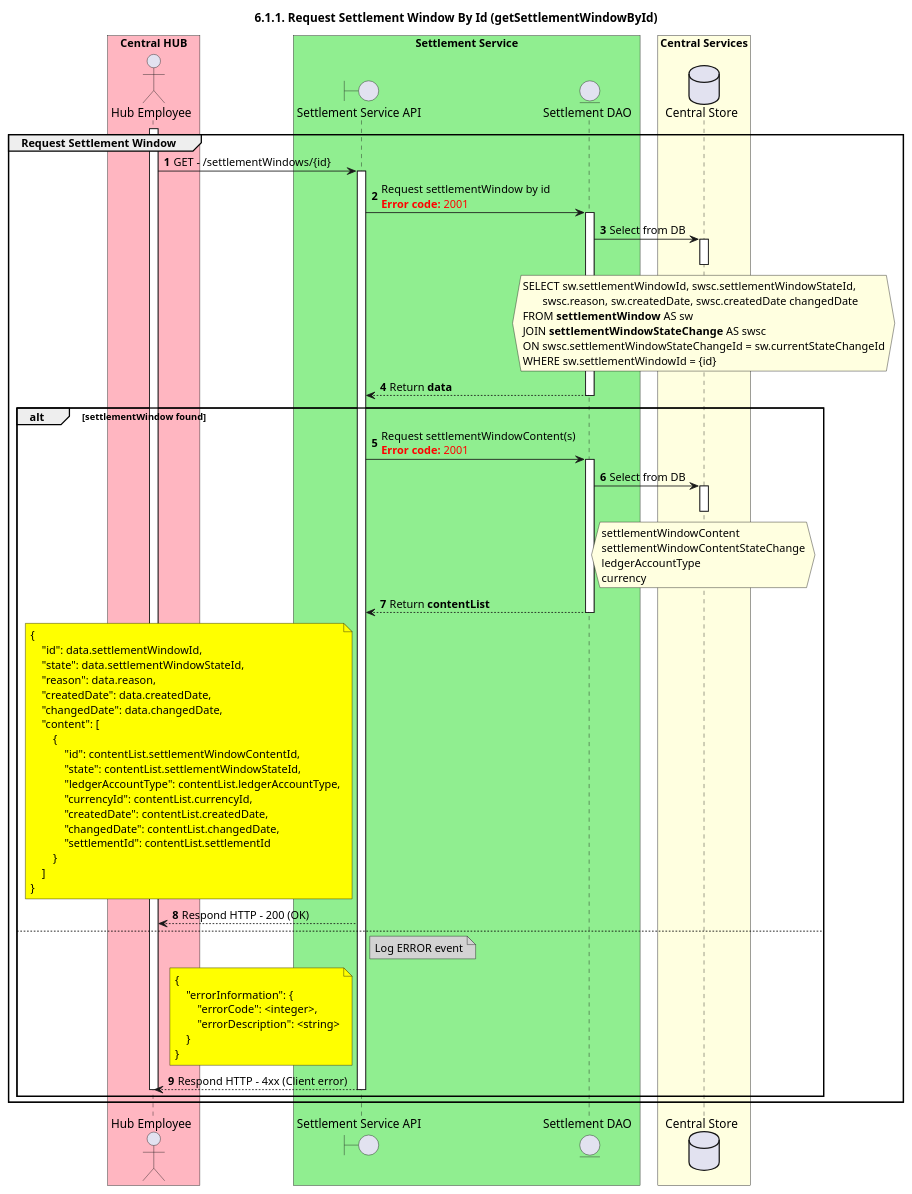
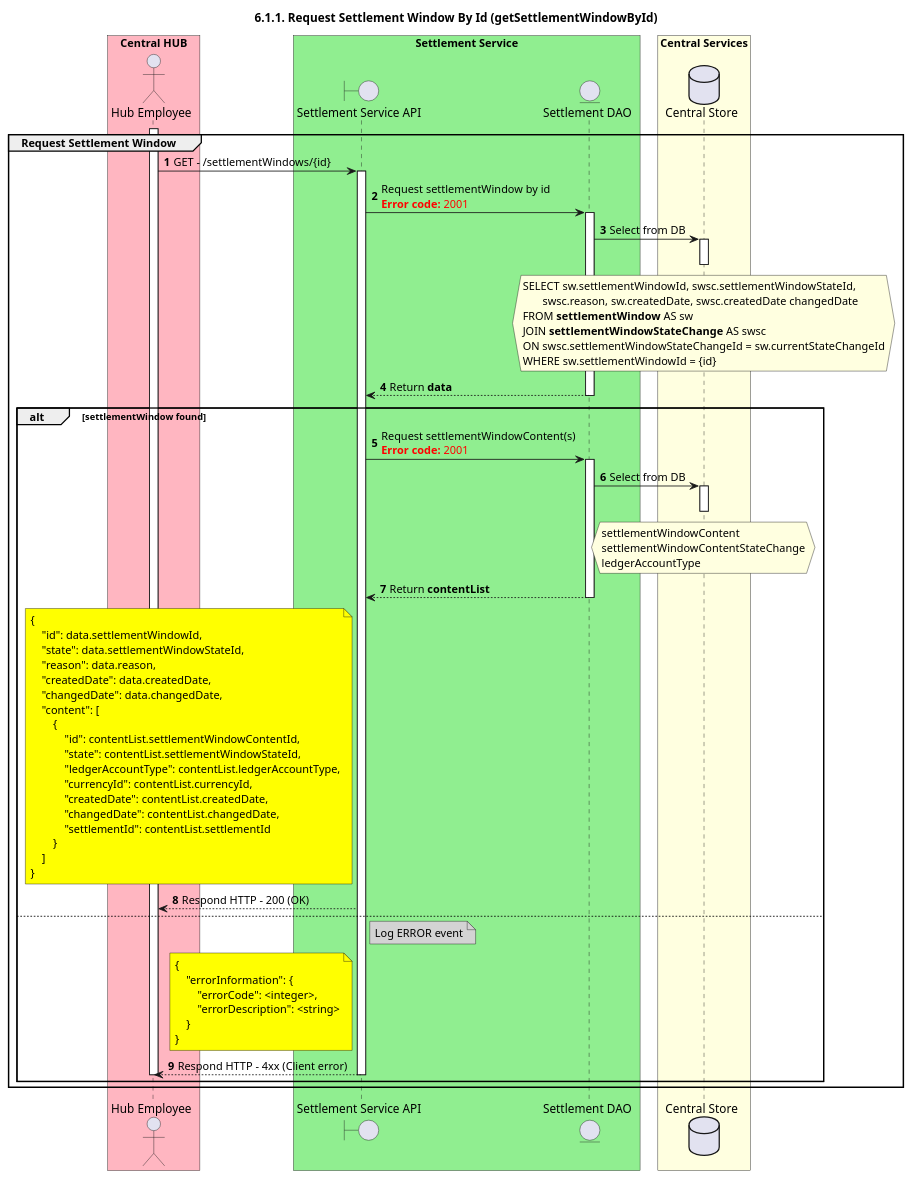
Before and after one commit to mojaloop/documentation: the diagram in mojaloop-technical-overview/central-settlements/settlement-process/assets/diagrams/sequence/seq-setwindow-6.1.1.plantuml, drawn with PlantUML. The commit also changed 5 other files, not shown here.

Commit message:
Bring diagrams up-to-date with implementation

```diff
--- a/mojaloop-technical-overview/central-settlements/settlement-process/assets/diagrams/sequence/seq-setwindow-6.1.1.plantuml
+++ b/mojaloop-technical-overview/central-settlements/settlement-process/assets/diagrams/sequence/seq-setwindow-6.1.1.plantuml
@@ -26,99 +26,98 @@
 @startuml
 ' declate title
 title 6.1.1. Request Settlement Window By Id (getSettlementWindowById)
 
 autonumber
 
 ' declare actors
 actor "Hub Employee" as OPERATOR
 boundary "Settlement Service API" as SSAPI
 entity "Settlement DAO" as SETTLE_DAO
 database "Central Store" as DB
 
 box "Central HUB" #lightpink
     participant OPERATOR
 end box
 
 box "Settlement Service" #lightgreen
     participant SSAPI
     participant SETTLE_DAO
 end box
 
 box "Central Services" #lightyellow
     participant DB
 end box
 
 ' start flow
 group Request Settlement Window
     activate OPERATOR
     OPERATOR -> SSAPI: GET - /settlementWindows/{id}
     activate SSAPI
     SSAPI -> SETTLE_DAO: Request settlementWindow by id\n<color #FF0000><b>Error code:</b> 2001</color>
     activate SETTLE_DAO
     SETTLE_DAO -> DB: Select from DB
     activate DB
     hnote over DB #lightyellow
         SELECT sw.settlementWindowId, swsc.settlementWindowStateId, 
                swsc.reason, sw.createdDate, swsc.createdDate changedDate
         FROM **settlementWindow** AS sw
         JOIN **settlementWindowStateChange** AS swsc
         ON swsc.settlementWindowStateChangeId = sw.currentStateChangeId
         WHERE sw.settlementWindowId = {id}
     end hnote
     deactivate DB
     SSAPI <-- SETTLE_DAO: Return **data**
     deactivate SETTLE_DAO
 
     alt settlementWindow found
         SSAPI -> SETTLE_DAO: Request settlementWindowContent(s)\n<color #FF0000><b>Error code:</b> 2001</color>
         activate SETTLE_DAO
         SETTLE_DAO -> DB: Select from DB
         activate DB
         hnote over DB #lightyellow
             settlementWindowContent
             settlementWindowContentStateChange
             ledgerAccountType
-            currency
         end hnote
         deactivate DB
         SSAPI <-- SETTLE_DAO: Return **contentList**
         deactivate SETTLE_DAO
         note left of SSAPI #yellow
             {
                 "id": data.settlementWindowId,
                 "state": data.settlementWindowStateId,
                 "reason": data.reason,
                 "createdDate": data.createdDate,
                 "changedDate": data.changedDate,
                 "content": [
                     {
                         "id": contentList.settlementWindowContentId,
                         "state": contentList.settlementWindowStateId,
                         "ledgerAccountType": contentList.ledgerAccountType,
                         "currencyId": contentList.currencyId,
                         "createdDate": contentList.createdDate,
                         "changedDate": contentList.changedDate,
                         "settlementId": contentList.settlementId
                     }
                 ]
             }
         end note
         OPERATOR <-- SSAPI: Respond HTTP - 200 (OK)
     else
         note right of SSAPI #lightgray
             Log ERROR event
         end note
         note left of SSAPI #yellow
             {
                 "errorInformation": {
                     "errorCode": <integer>,
                     "errorDescription": <string>
                 }
             }
         end note
         OPERATOR <-- SSAPI: Respond HTTP - 4xx (Client error)
         deactivate SSAPI
         deactivate OPERATOR
     end
 end
 @enduml
```
